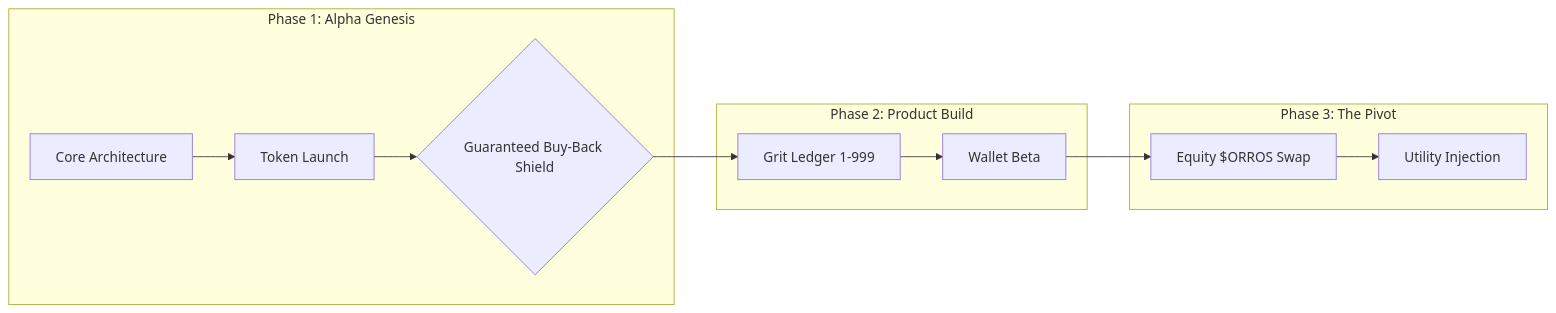
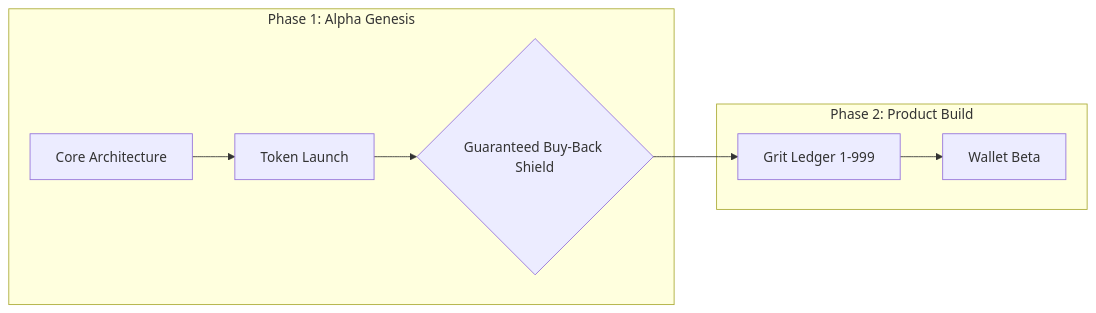
Before and after one commit to orroprotocol/core: the second of 2 diagrams in README.md, drawn with Mermaid. The commit also changed other lines of this file, not shown here.

````diff
--- a/README.md
+++ b/README.md
@@ -151,20 +151,15 @@
 ```mermaid
 graph LR
     %% Phase 1
     subgraph P1 [Phase 1: Alpha Genesis]
         A[Core Architecture] --> B[Token Launch]
         B --> C{Guaranteed Buy-Back Shield}
     end
 
     %% Phase 2
     subgraph P2 [Phase 2: Product Build]
         C --> D[Grit Ledger 1-999]
         D --> E[Wallet Beta]
     end
 
-    %% Phase 3
-    subgraph P3 [Phase 3: The Pivot]
-        E --> F[Equity $ORROS Swap]
-        F --> G[Utility Injection]
-    end
 ```
````
